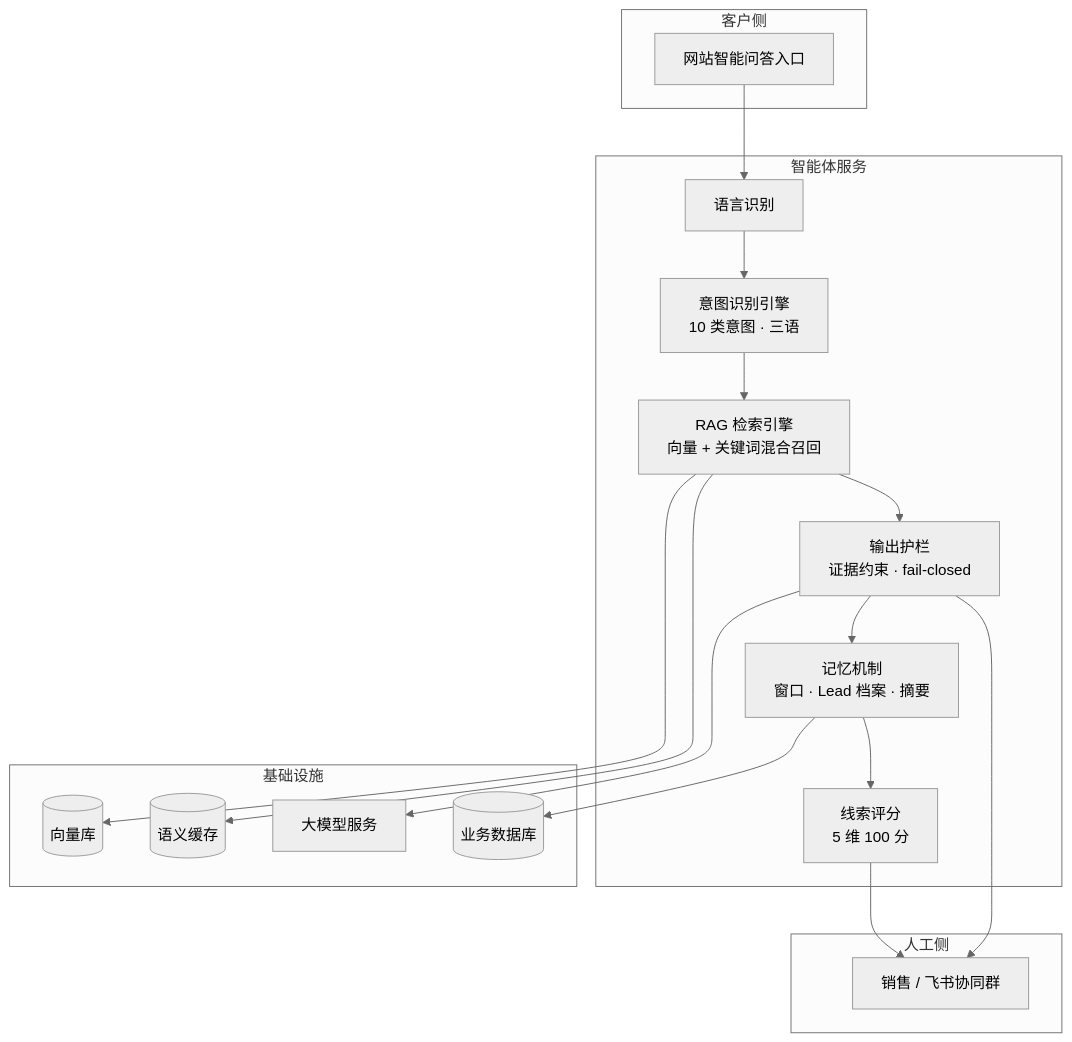
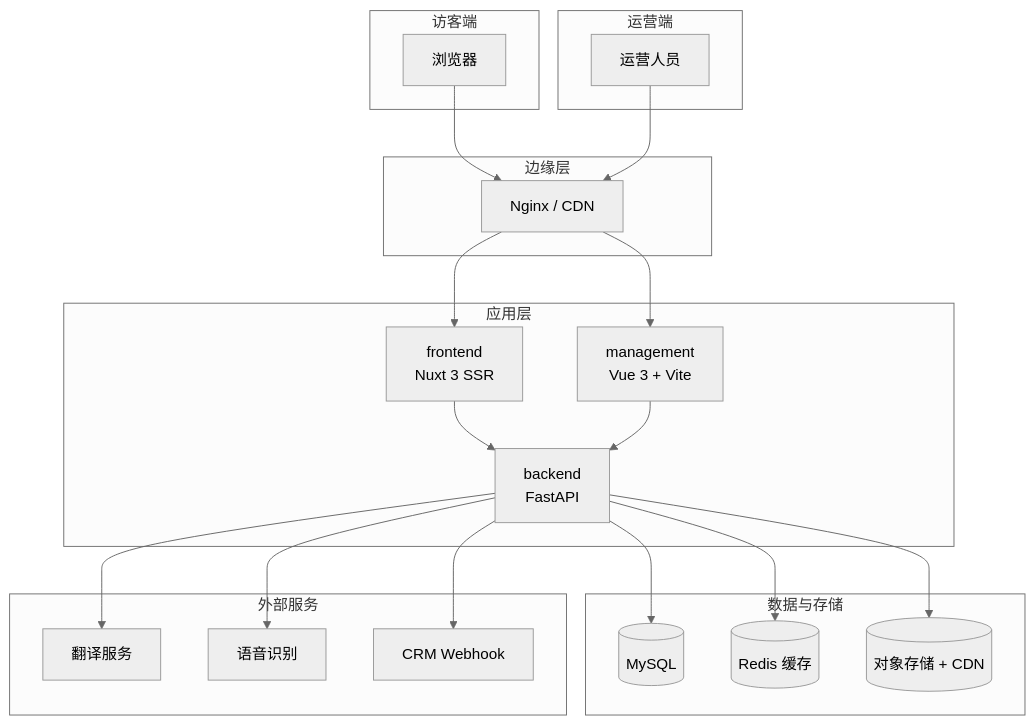
Before and after one commit to liah-ss/ai-sales-agent: the second of 2 diagrams in README.md, drawn with Mermaid (neutral theme). The commit also changed other lines of this file and 399 other files, not shown here.

````diff
--- a/README.md
+++ b/README.md
@@ -133,38 +176,46 @@
 ```mermaid
 flowchart TB
-    subgraph Customer["客户侧"]
-        Chat[网站智能问答入口]
+    subgraph Client["访客端"]
+        Browser[浏览器]
     end
 
-    subgraph Agent["智能体服务"]
-        Lang[语言识别]
-        Intent["意图识别引擎\n10 类意图 · 三语"]
-        RAG["RAG 检索引擎\n向量 + 关键词混合召回"]
-        Guard["输出护栏\n证据约束 · fail-closed"]
-        Memory["记忆机制\n窗口 · Lead 档案 · 摘要"]
-        Score["线索评分\n5 维 100 分"]
+    subgraph Admin["运营端"]
+        Operator[运营人员]
     end
 
-    subgraph Infra["基础设施"]
-        Vec[(向量库)]
-        Cache[(语义缓存)]
-        DB[(业务数据库)]
-        LLM[大模型服务]
+    subgraph Edge["边缘层"]
+        Nginx[Nginx / CDN]
     end
 
-    subgraph Human["人工侧"]
-        Sales[销售 / 飞书协同群]
+    subgraph App["应用层"]
+        Public["frontend\nNuxt 3 SSR"]
+        Management["management\nVue 3 + Vite"]
+        API["backend\nFastAPI"]
     end
 
-    Chat --> Lang --> Intent
-    Intent --> RAG
-    RAG --> Vec
-    RAG --> Cache
-    RAG --> Guard
-    Guard --> LLM
-    Guard --> Memory
-    Memory --> DB
-    Memory --> Score
-    Score --> Sales
-    Guard --> Sales
+    subgraph Data["数据与存储"]
+        MySQL[(MySQL)]
+        Redis[(Redis 缓存)]
+        COS[(对象存储 + CDN)]
+    end
+
+    subgraph External["外部服务"]
+        Translate[翻译服务]
+        Speech[语音识别]
+        CRM[CRM Webhook]
+    end
+
+    Browser --> Nginx
+    Operator --> Nginx
+    Nginx --> Public
+    Nginx --> Management
+    Public --> API
+    Management --> API
+
+    API --> MySQL
+    API --> Redis
+    API --> COS
+    API --> Translate
+    API --> Speech
+    API --> CRM
 ```
````
